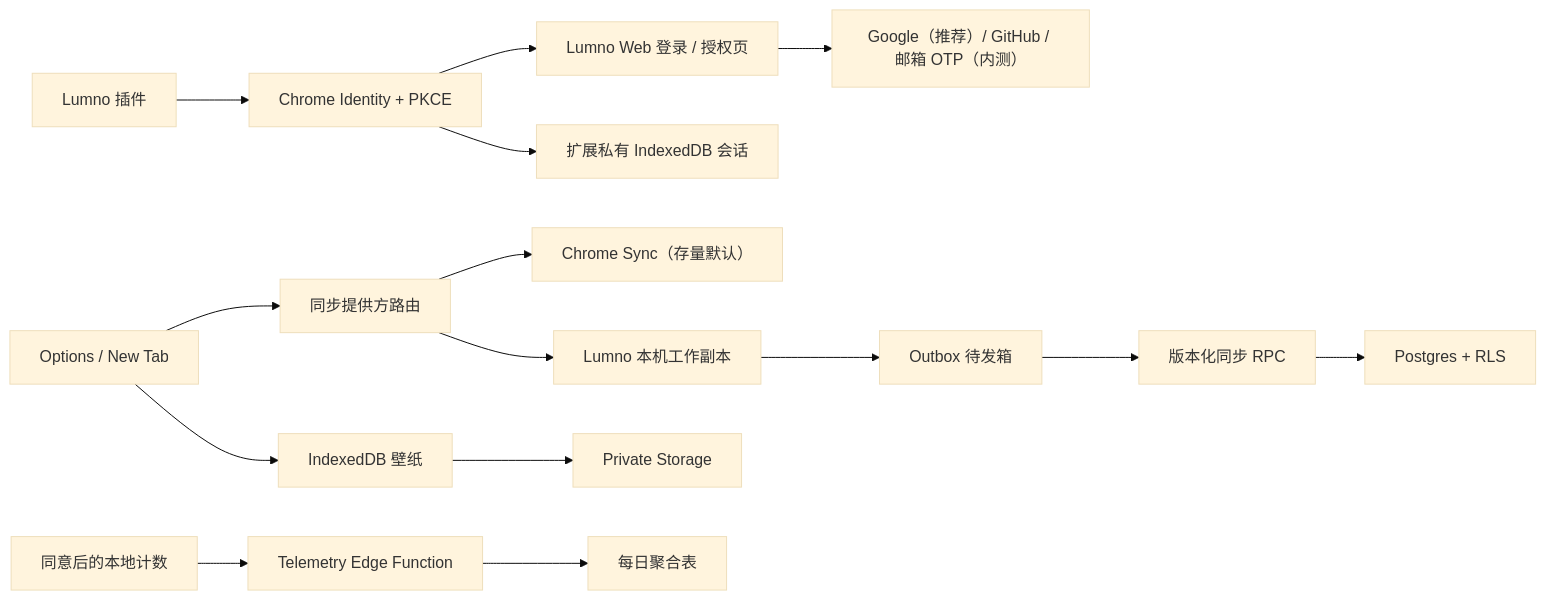
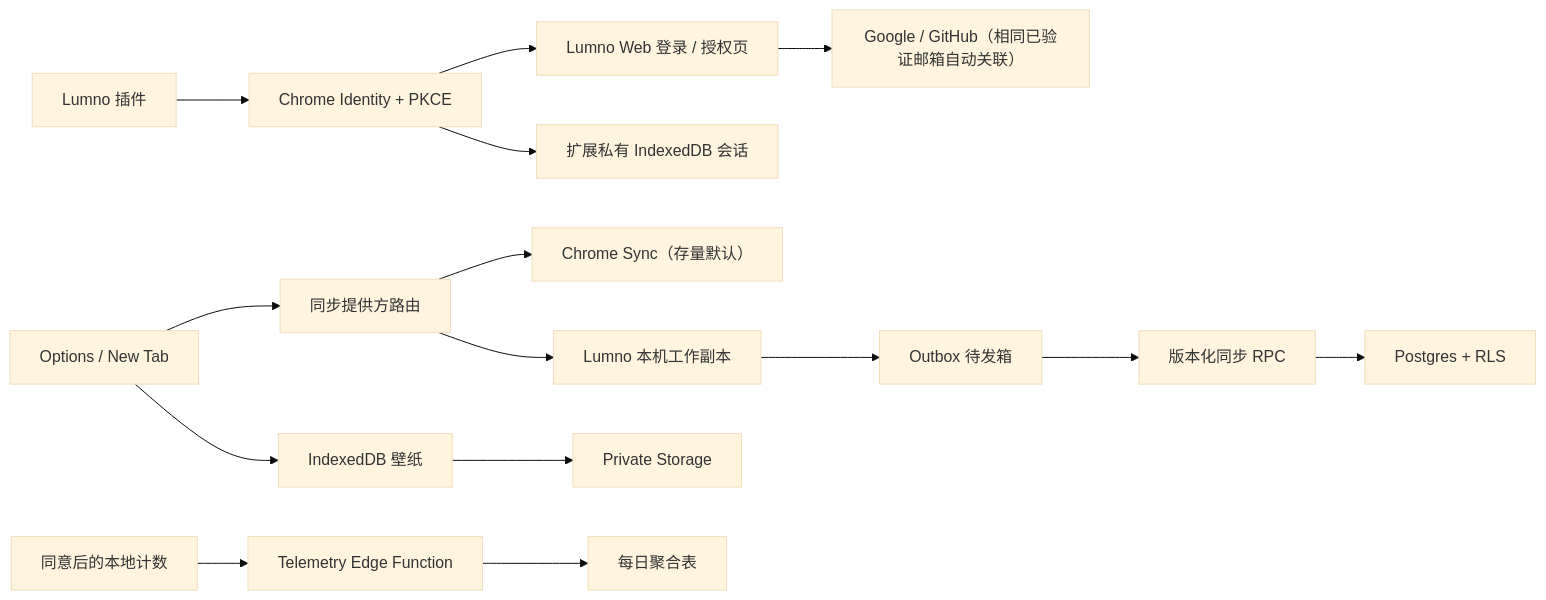
The diagram in docs/account-sync-architecture.md (0-V-linuxdo/lumno-extension), drawn with Mermaid (base theme) before and after one commit. The commit also changed other lines of this file and 21 other files, not shown here.

````diff
--- a/docs/account-sync-architecture.md
+++ b/docs/account-sync-architecture.md
@@ -15,17 +15,17 @@
 ```mermaid
 flowchart LR
   Plugin["Lumno 插件"] --> PKCE["Chrome Identity + PKCE"]
   PKCE --> Web["Lumno Web 登录 / 授权页"]
-  Web --> Social["Google（推荐）/ GitHub / 邮箱 OTP（内测）"]
+  Web --> Social["Google / GitHub（相同已验证邮箱自动关联）"]
   PKCE --> Vault["扩展私有 IndexedDB 会话"]
   UI["Options / New Tab"] --> Router["同步提供方路由"]
   Router --> ChromeSync["Chrome Sync（存量默认）"]
   Router --> Cache["Lumno 本机工作副本"]
   Cache --> Outbox["Outbox 待发箱"]
   Outbox --> RPC["版本化同步 RPC"]
   RPC --> DB["Postgres + RLS"]
   UI --> IDB["IndexedDB 壁纸"]
   IDB --> Media["Private Storage"]
   Counter["同意后的本地计数"] --> Edge["Telemetry Edge Function"]
   Edge --> Daily["每日聚合表"]
 ```
````
